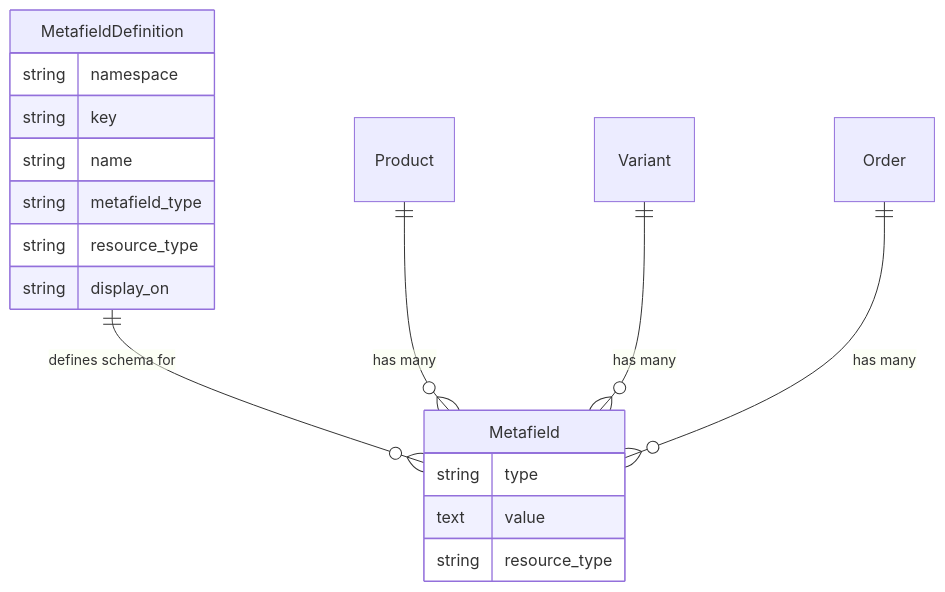
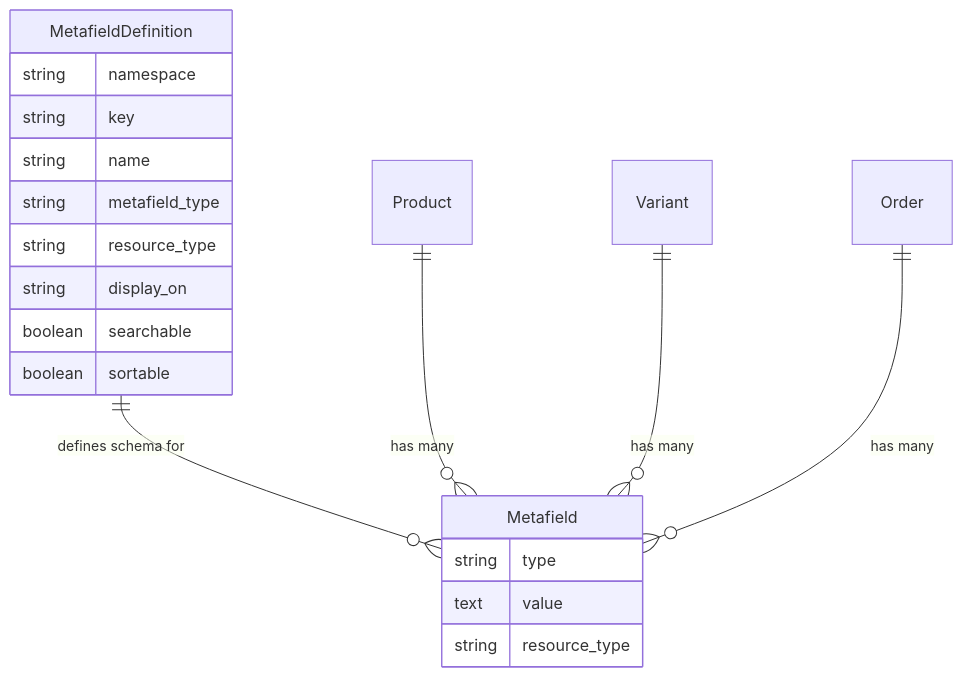
One commit to spree/spree changed the first of 2 diagrams in docs/developer/core-concepts/metafields.mdx. Above: the diagram before and after it, drawn with Mermaid. The commit also changed other lines of this file and 59 other files, not shown here.

Commit message:
Makes metafields searchable and sortable

````diff
--- a/docs/developer/core-concepts/metafields.mdx
+++ b/docs/developer/core-concepts/metafields.mdx
@@ -23,22 +23,24 @@
 ```mermaid
 erDiagram
     MetafieldDefinition ||--o{ Metafield : "defines schema for"
     Product ||--o{ Metafield : "has many"
     Variant ||--o{ Metafield : "has many"
     Order ||--o{ Metafield : "has many"
 
     MetafieldDefinition {
         string namespace
         string key
         string name
         string metafield_type
         string resource_type
         string display_on
+        boolean searchable
+        boolean sortable
     }
 
     Metafield {
         string type
         text value
         string resource_type
     }
 ```
````
